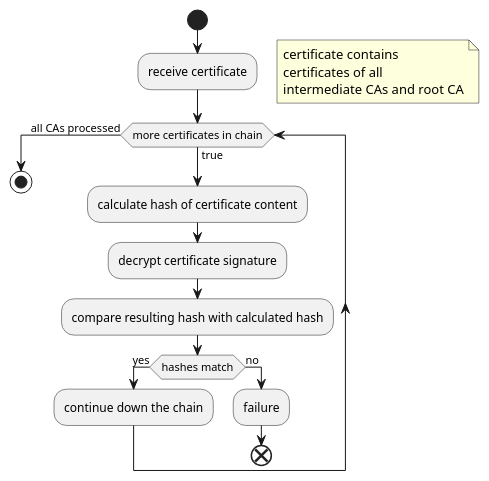
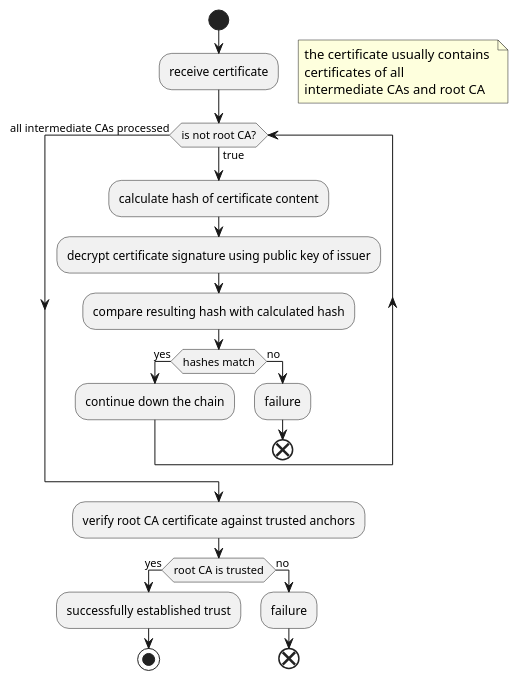
Before and after one commit to Davidcode2/blog: the third of 3 diagrams in posts/understanding_ssl/understanding_ssl.md, drawn with PlantUML. The commit also changed other lines of this file, not shown here.

Commit message:
Fix certificate trust visualization

```diff
--- a/posts/understanding_ssl/understanding_ssl.md
+++ b/posts/understanding_ssl/understanding_ssl.md
@@ -146,25 +139,31 @@
 @startuml
 
 start
 
 :receive certificate;
 floating note right 
-  certificate contains 
+  the certificate usually contains 
   certificates of all 
   intermediate CAs and root CA
 end note
-while (more certificates in chain) is (true)
+while (is not root CA?) is (true)
   :calculate hash of certificate content;
-  :decrypt certificate signature;
+  :decrypt certificate signature using public key of issuer;
   :compare resulting hash with calculated hash;
   if (hashes match) then (yes)
     :continue down the chain;
   else (no)
     :failure;
     end
   endif
-endwhile (all CAs processed) 
-
-stop
+endwhile (all intermediate CAs processed) 
+:verify root CA certificate against trusted anchors;
+if (root CA is trusted) then (yes)
+  :successfully established trust;
+  stop
+else (no)
+  :failure;
+  end
+endif
 
 @enduml
```
